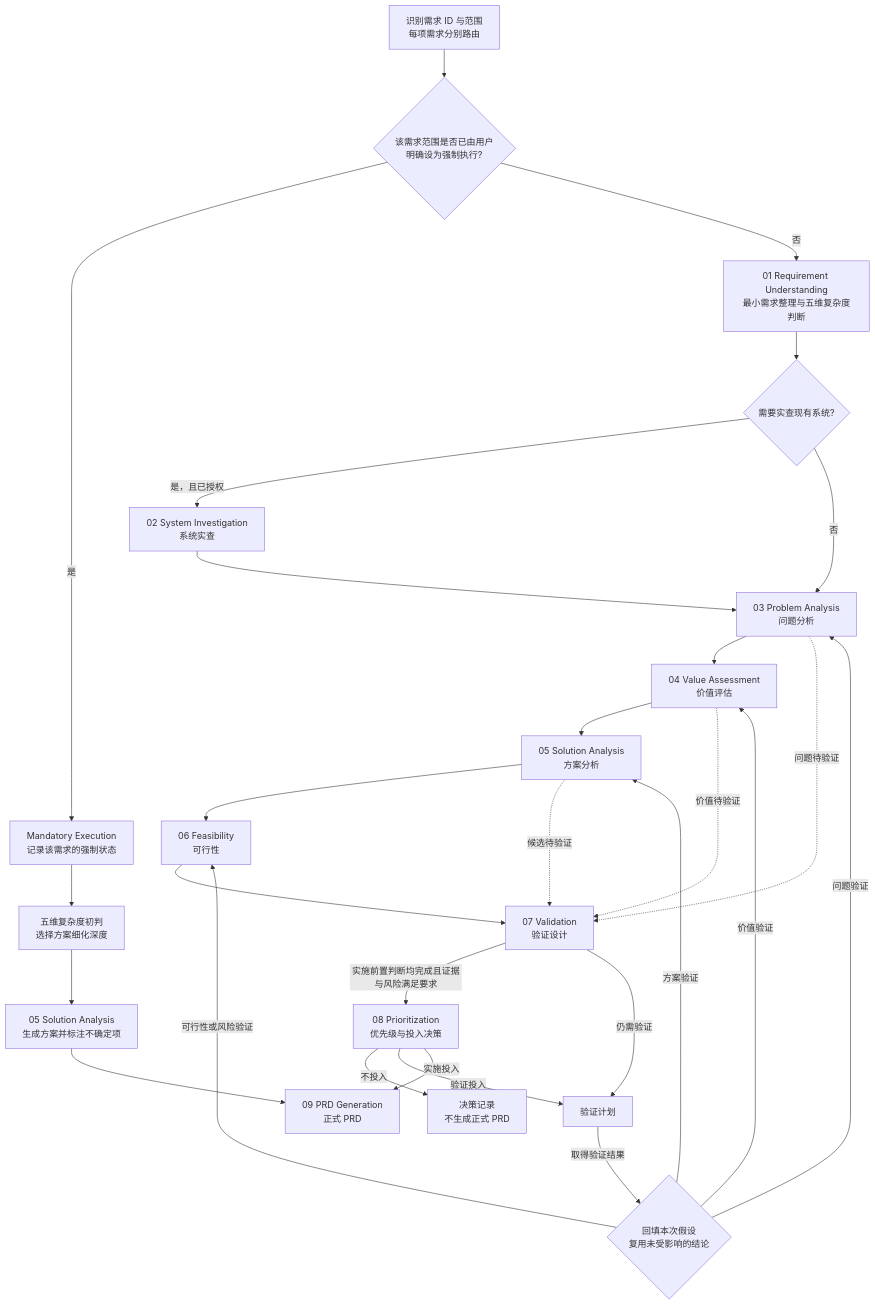
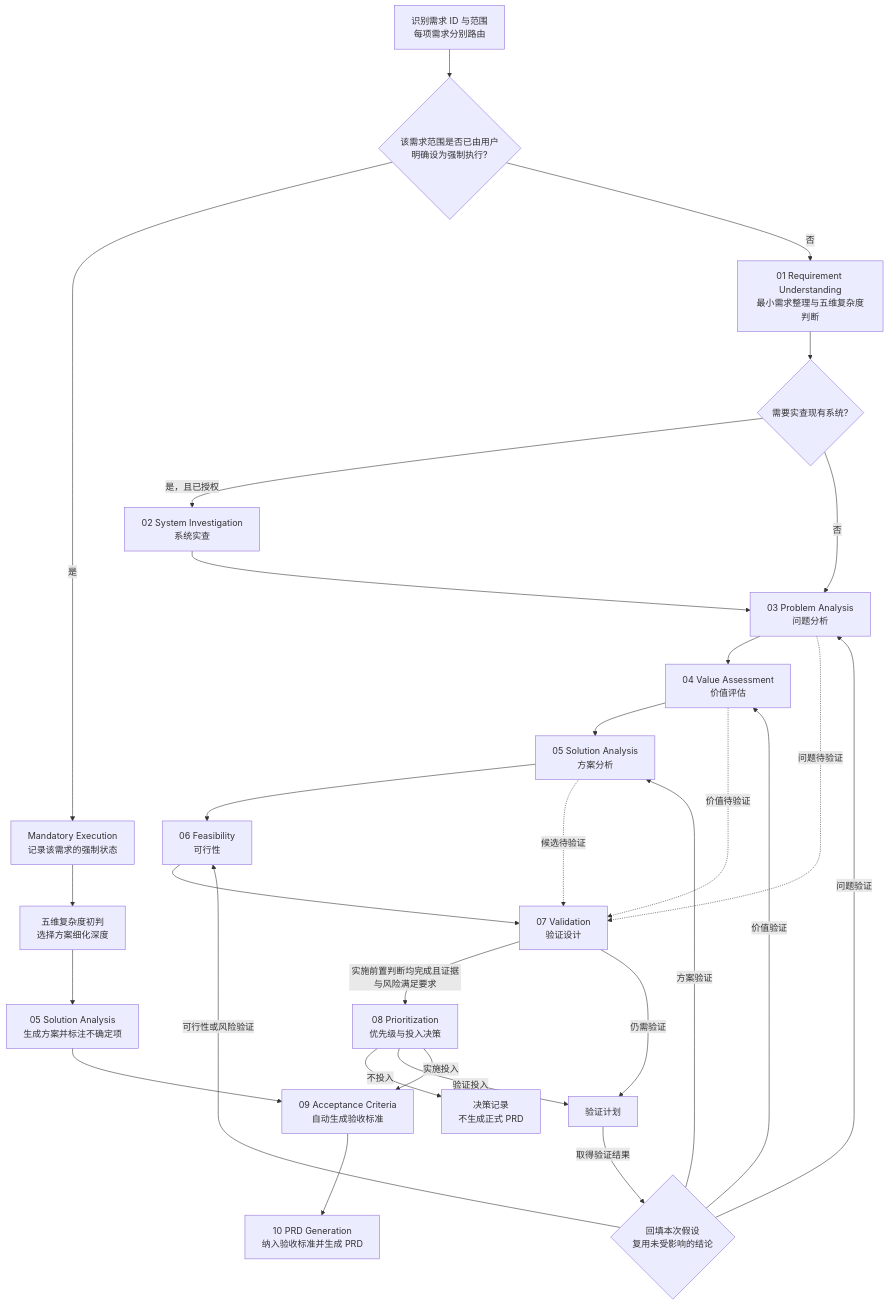
The diagram in README.md (sakura1412/read-her-heart), drawn with Mermaid before and after one commit. The commit also changed other lines of this file and 8 other files, not shown here.

Commit message:
Add acceptance criteria stage before PRD generation

````diff
--- a/README.md
+++ b/README.md
@@ -56,30 +57,31 @@
 ```mermaid
 flowchart TD
     S[识别需求 ID 与范围<br/>每项需求分别路由] --> M{该需求范围是否已由用户<br/>明确设为强制执行?}
     M -->|是| X[Mandatory Execution<br/>记录该需求的强制状态]
     X --> Q[五维复杂度初判<br/>选择方案细化深度]
     Q --> Y[05 Solution Analysis<br/>生成方案并标注不确定项]
-    Y --> L[09 PRD Generation<br/>根据方案生成 PRD]
+    Y --> N[09 Acceptance Criteria<br/>自动生成验收标准]
+    N --> L[10 PRD Generation<br/>纳入验收标准并生成 PRD]
     M -->|否| A[01 Requirement Understanding<br/>最小需求整理与五维复杂度判断]
     A --> B{需要实查现有系统?}
     B -->|是，且已授权| C[02 System Investigation<br/>系统实查]
     B -->|否| D[03 Problem Analysis<br/>问题分析]
     C --> D
     D --> E[04 Value Assessment<br/>价值评估]
     E --> F[05 Solution Analysis<br/>方案分析]
     F --> G[06 Feasibility<br/>可行性]
     G --> H[07 Validation<br/>验证设计]
     D -.->|问题待验证| H
     E -.->|价值待验证| H
     F -.->|候选待验证| H
     H -->|实施前置判断均完成且证据与风险满足要求| I[08 Prioritization<br/>优先级与投入决策]
     H -->|仍需验证| K[验证计划]
     I -->|不投入| J[决策记录<br/>不生成正式 PRD]
     I -->|验证投入| K
     K -->|取得验证结果| R{回填本次假设<br/>复用未受影响的结论}
     R -->|问题验证| D
     R -->|价值验证| E
     R -->|方案验证| F
     R -->|可行性或风险验证| G
-    I -->|实施投入| L[09 PRD Generation<br/>正式 PRD]
+    I -->|实施投入| N
 ```
````
